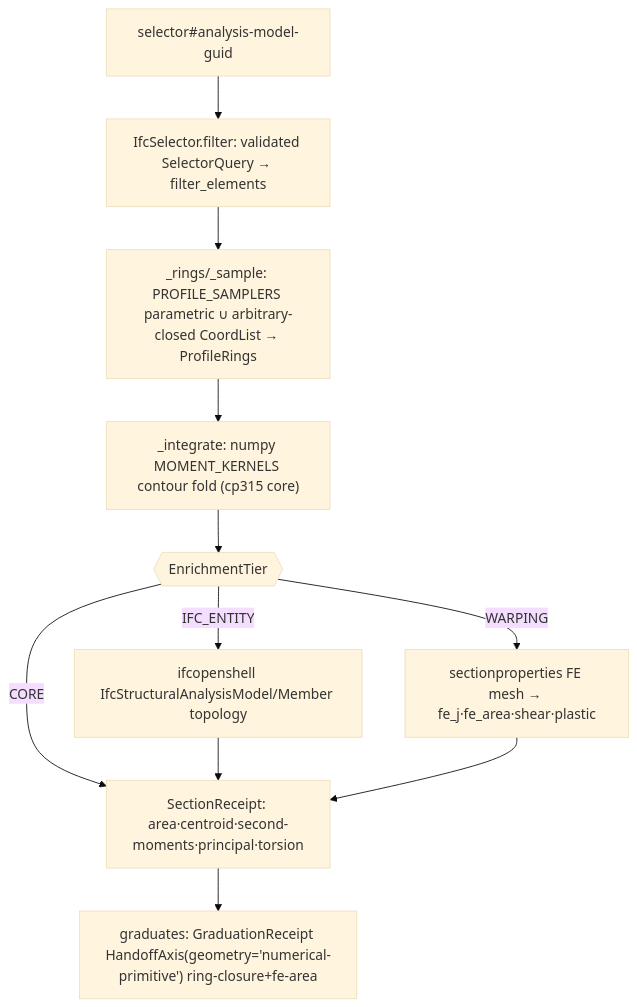
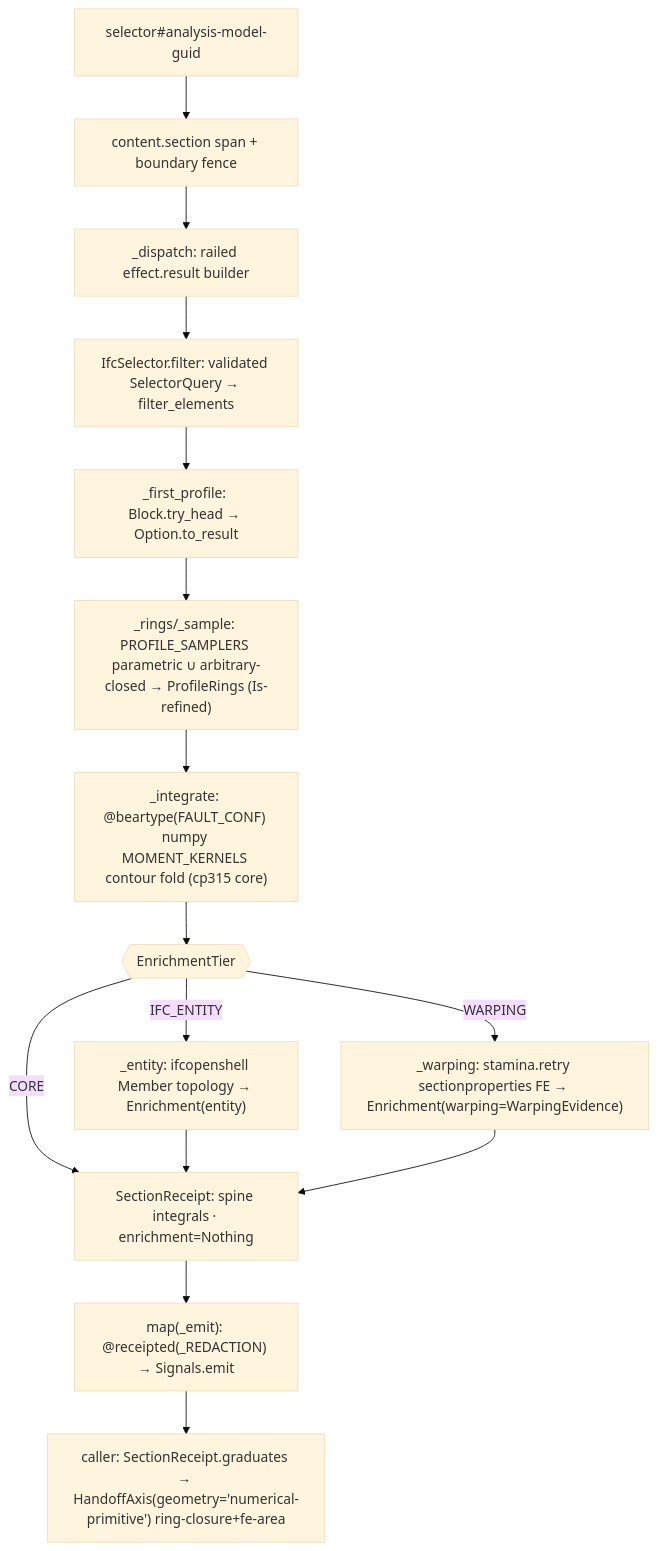
The diagram in libs/python/geometry/.planning/ifc/structural.md (bsamiee/Rasm), drawn with Mermaid (base theme) before and after one commit. The commit also changed other lines of this file and 24 other files, not shown here.

````diff
--- a/libs/python/geometry/.planning/ifc/structural.md
+++ b/libs/python/geometry/.planning/ifc/structural.md
@@ -351,13 +503,17 @@
 ```mermaid
 flowchart TD
-    spec["selector#analysis-model-guid"] --> gate["IfcSelector.filter: validated SelectorQuery → filter_elements"]
-    gate --> rings["_rings/_sample: PROFILE_SAMPLERS parametric ∪ arbitrary-closed CoordList → ProfileRings"]
-    rings --> integrate["_integrate: numpy MOMENT_KERNELS contour fold (cp315 core)"]
+    spec["selector#analysis-model-guid"] --> span["content.section span + boundary fence"]
+    span --> fold["_dispatch: railed effect.result builder"]
+    fold --> gate["IfcSelector.filter: validated SelectorQuery → filter_elements"]
+    gate --> first["_first_profile: Block.try_head → Option.to_result"]
+    first --> rings["_rings/_sample: PROFILE_SAMPLERS parametric ∪ arbitrary-closed → ProfileRings (Is-refined)"]
+    rings --> integrate["_integrate: @beartype(FAULT_CONF) numpy MOMENT_KERNELS contour fold (cp315 core)"]
     integrate --> core{{"EnrichmentTier"}}
-    core -->|CORE| receipt["SectionReceipt: area·centroid·second-moments·principal·torsion"]
-    core -->|IFC_ENTITY| ifc["ifcopenshell IfcStructuralAnalysisModel/Member topology"]
-    core -->|WARPING| fe["sectionproperties FE mesh → fe_j·fe_area·shear·plastic"]
+    core -->|CORE| receipt["SectionReceipt: spine integrals · enrichment=Nothing"]
+    core -->|IFC_ENTITY| ifc["_entity: ifcopenshell Member topology → Enrichment(entity)"]
+    core -->|WARPING| fe["_warping: stamina.retry sectionproperties FE → Enrichment(warping=WarpingEvidence)"]
     ifc --> receipt
     fe --> receipt
-    receipt --> grad["graduates: GraduationReceipt HandoffAxis(geometry='numerical-primitive') ring-closure+fe-area"]
+    receipt --> emit["map(_emit): @receipted(_REDACTION) → Signals.emit"]
+    emit --> grad["caller: SectionReceipt.graduates → HandoffAxis(geometry='numerical-primitive') ring-closure+fe-area"]
 ```
````
